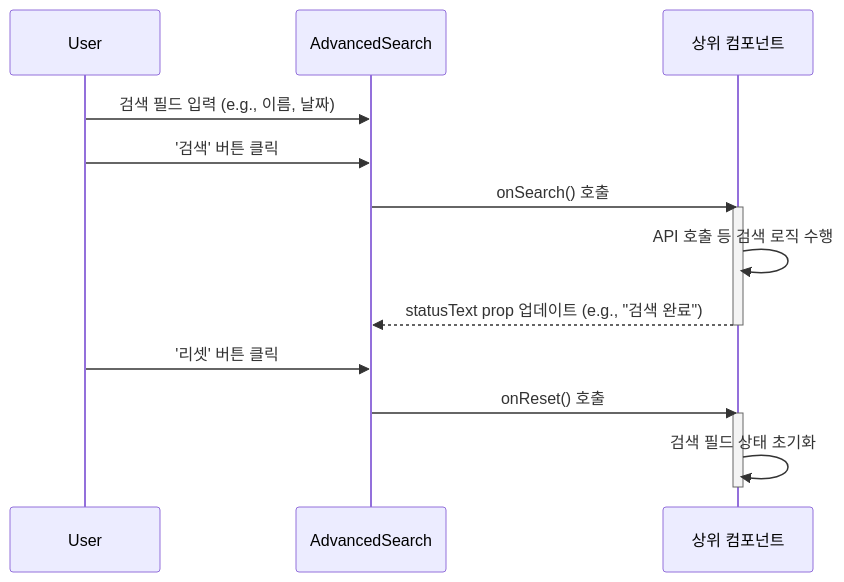
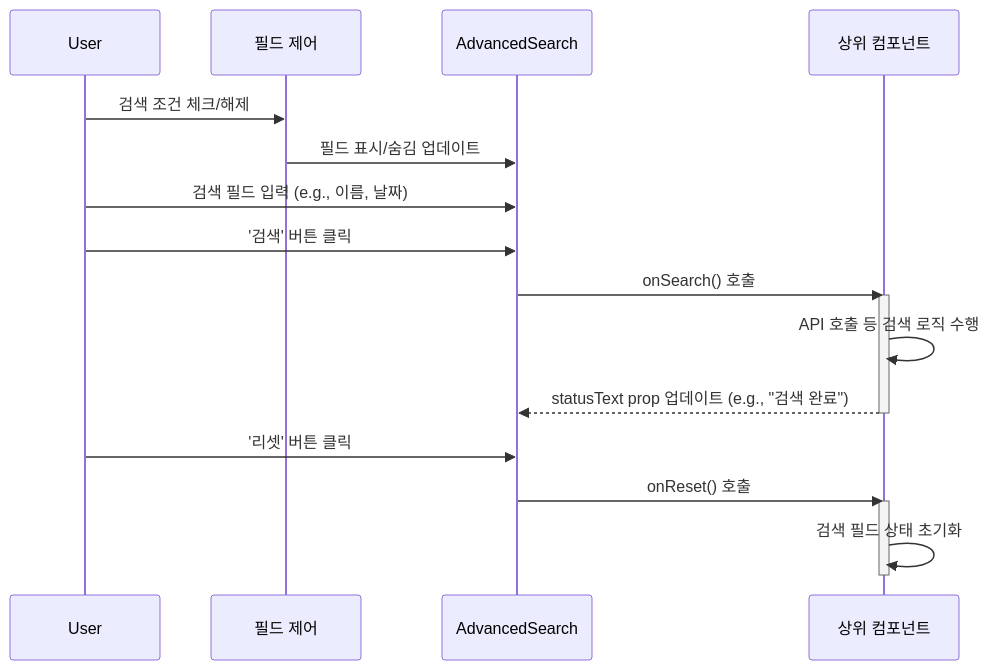
The third of 4 diagrams in src/components/ui/ui-input/advanced-search/advanced-search.md (webcodur/next-temp), drawn with Mermaid before and after one commit. The commit also changed other lines of this file and 16 other files, not shown here.

````diff
--- a/src/components/ui/ui-input/advanced-search/advanced-search.md
+++ b/src/components/ui/ui-input/advanced-search/advanced-search.md
@@ -42,20 +83,24 @@
 ```mermaid
 sequenceDiagram
     participant User
+    participant FieldControls as 필드 제어
     participant AdvSearch as AdvancedSearch
     participant Parent as 상위 컴포넌트
 
+    User->>FieldControls: 검색 조건 체크/해제
+    FieldControls->>AdvSearch: 필드 표시/숨김 업데이트
+    
     User->>AdvSearch: 검색 필드 입력 (e.g., 이름, 날짜)
     User->>AdvSearch: '검색' 버튼 클릭
     AdvSearch->>Parent: onSearch() 호출
     activate Parent
     Parent->>Parent: API 호출 등 검색 로직 수행
     Parent-->>AdvSearch: statusText prop 업데이트 (e.g., "검색 완료")
     deactivate Parent
 
     User->>AdvSearch: '리셋' 버튼 클릭
     AdvSearch->>Parent: onReset() 호출
     activate Parent
     Parent->>Parent: 검색 필드 상태 초기화
     deactivate Parent
 ```
````
